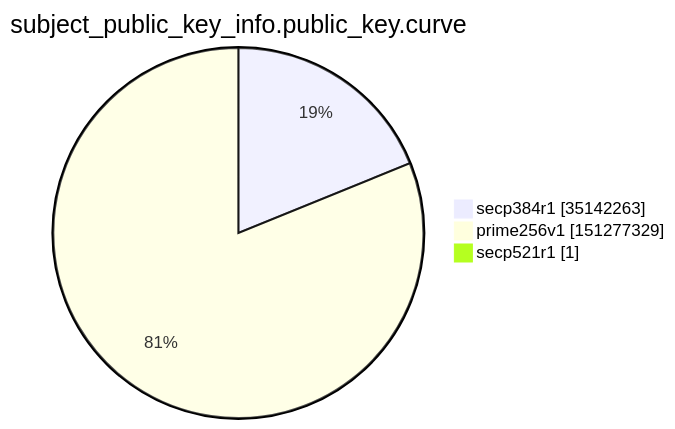
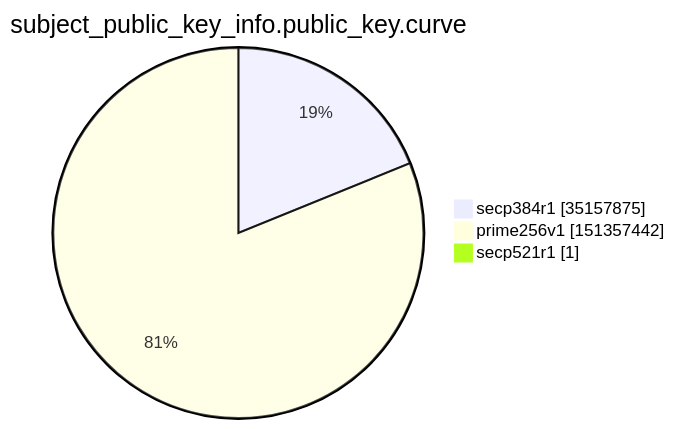
One commit to christiankrug/ctmonitor_visualization changed the ninth of 15 diagrams in argon2022/README.md. Above: the diagram before and after it, drawn with Mermaid. The commit also changed other lines of this file, not shown here.

````diff
--- a/argon2022/README.md
+++ b/argon2022/README.md
@@ -2765,7 +2765,7 @@
 ```mermaid
 pie showData
 title subject_public_key_info.public_key.curve
-"secp384r1" :35142263
-"prime256v1" :151277329
+"secp384r1" :35157875
+"prime256v1" :151357442
 "secp521r1" :1
 ```
````
